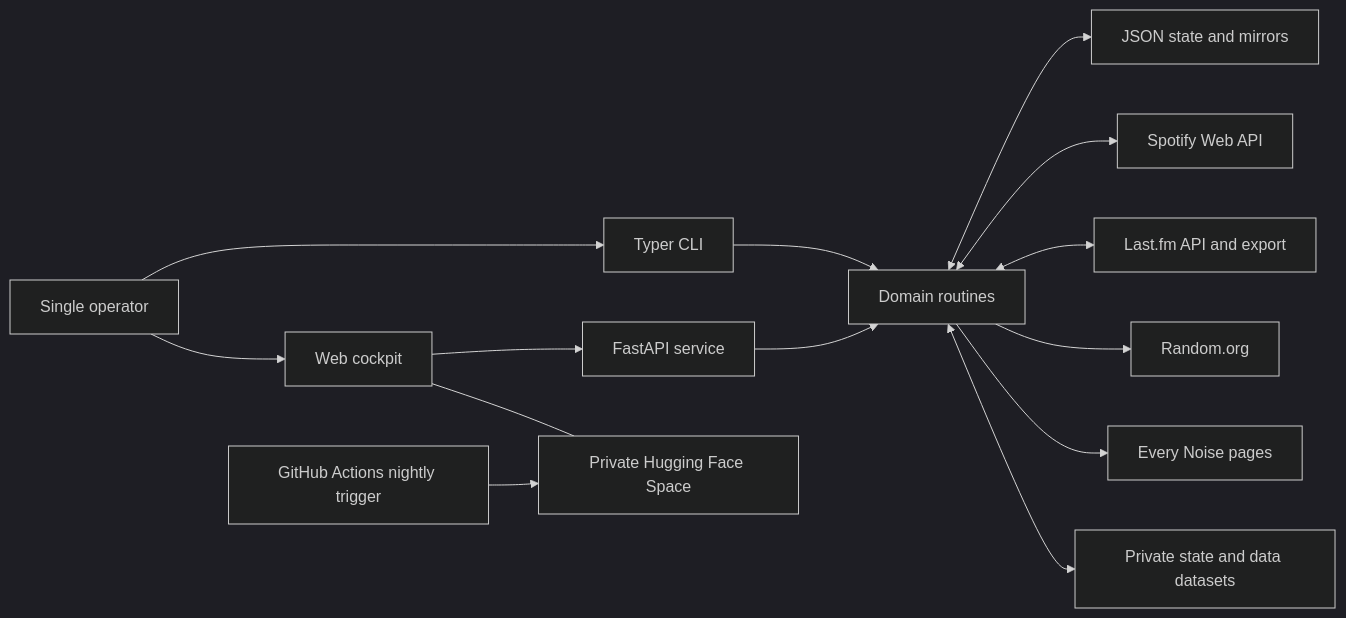
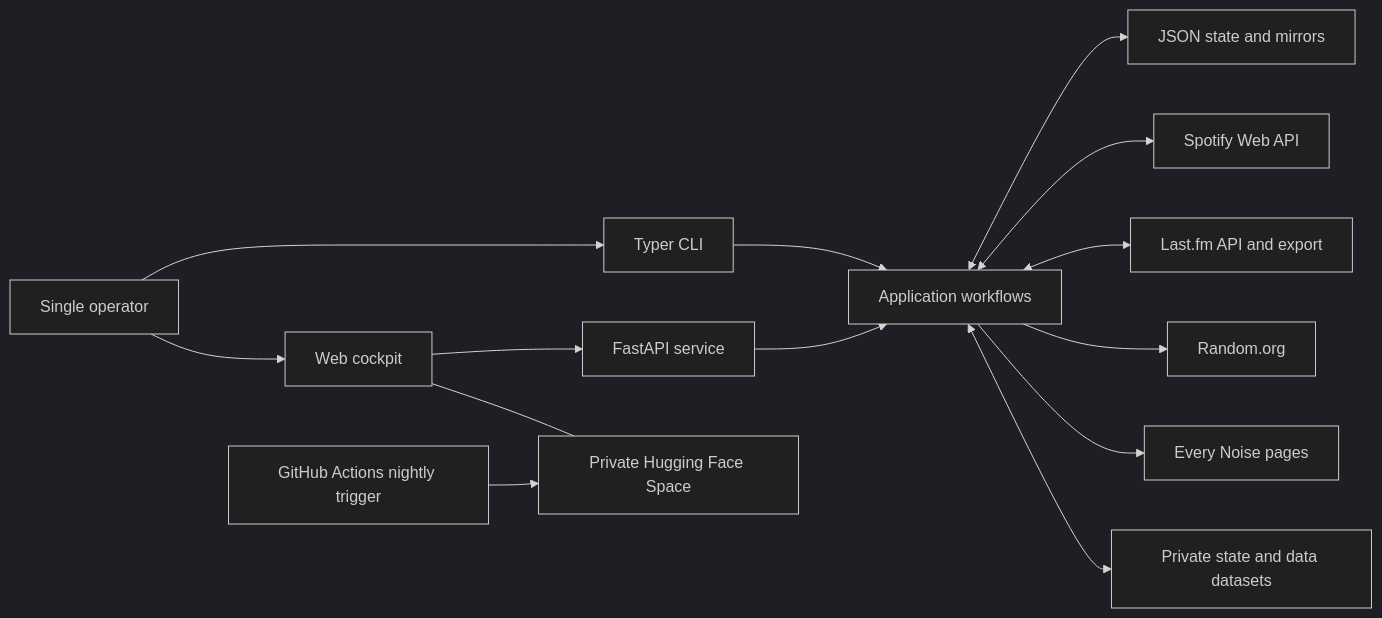
The first of 3 diagrams in docs/ARCHITECTURE.md (cyborg-nomade/spotify-manager), drawn with Mermaid (dark theme) before and after one commit. The commit also changed other lines of this file and 241 other files, not shown here.

````diff
--- a/docs/ARCHITECTURE.md
+++ b/docs/ARCHITECTURE.md
@@ -24,30 +24,30 @@
 ```mermaid
 flowchart LR
     User["Single operator"]
     CLI["Typer CLI"]
     Web["Web cockpit"]
     API["FastAPI service"]
-    Routines["Domain routines"]
+    Routines["Application workflows"]
     Files["JSON state and mirrors"]
     Spotify["Spotify Web API"]
     LastFM["Last.fm API and export"]
     Random["Random.org"]
     EveryNoise["Every Noise pages"]
     HF["Private Hugging Face Space"]
     HubData["Private state and data datasets"]
     Actions["GitHub Actions nightly trigger"]
 
     User --> CLI
     User --> Web
     Web --> API
     CLI --> Routines
     API --> Routines
     Routines <--> Files
     Routines <--> Spotify
     Routines <--> LastFM
     Routines --> Random
     Routines --> EveryNoise
     Web --- HF
     Actions --> HF
     Routines <--> HubData
 ```
````
